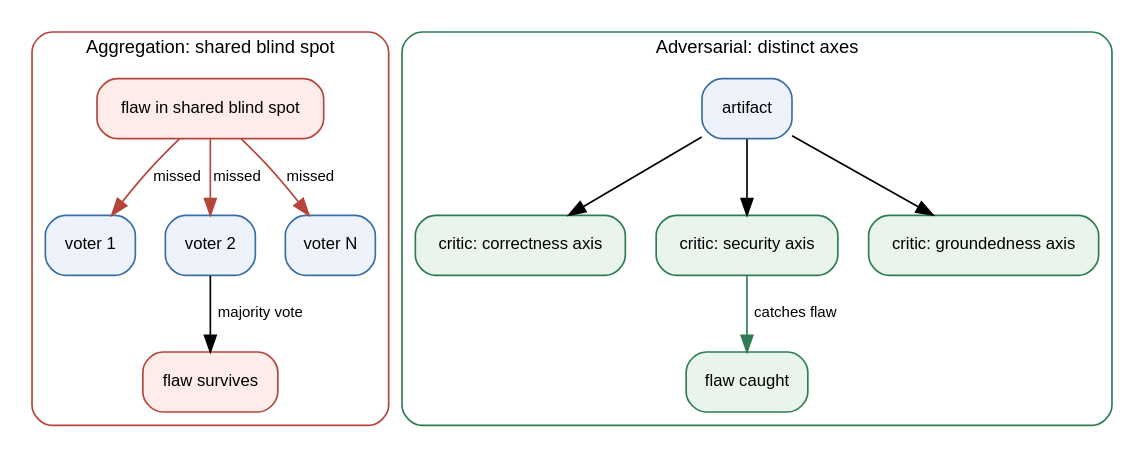
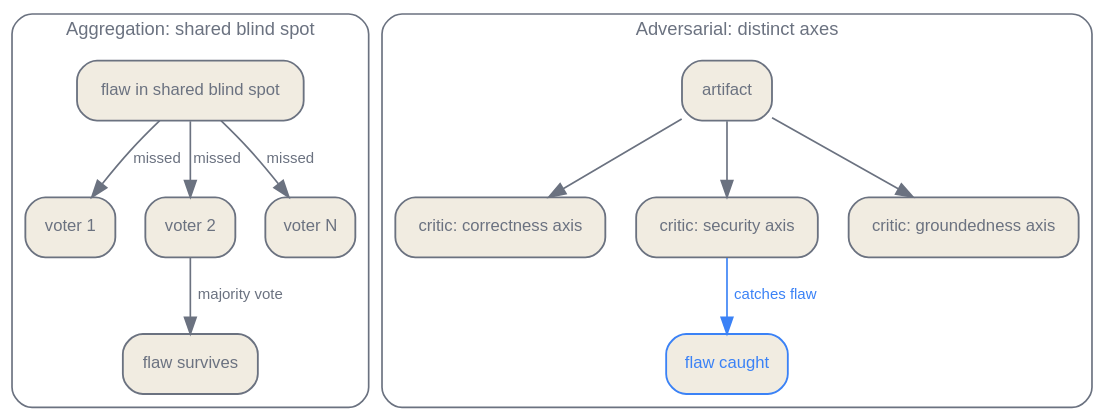
The second of 2 diagrams in en/p6-evaluation/29-evaluating-agents.qmd (latere-ai/ai-as-an-infrastructure), drawn with Graphviz before and after one commit. The commit also changed 186 other files, not shown here.

First line of the commit message:
book: visual audit pass on all diagrams and figures

````diff
--- a/en/p6-evaluation/29-evaluating-agents.qmd
+++ b/en/p6-evaluation/29-evaluating-agents.qmd
@@ -90,40 +90,41 @@
 ```{dot}
 //| label: fig-evaluating-agents-asymmetry
 //| fig-cap: "Why adding agents helps adversarial verification but not aggregation. Voters drawn from one base model share a blind spot, so a flaw inside it passes every vote. Heterogeneous critics on distinct axes each cover a different failure surface, so one competent critic catches a flaw the rest miss."
 digraph asymmetry {
   rankdir=TB;
-  node [shape=box, fontname="Helvetica", fontsize=10, style="rounded,filled"];
-  edge [fontname="Helvetica", fontsize=9];
+  bgcolor="transparent";
+  node [shape=box, fontname="Helvetica", fontsize=10, style="rounded,filled", fillcolor="#f1ece1", color="#6b7280", fontcolor="#6b7280", penwidth=1.1];
+  edge [fontname="Helvetica", fontsize=9, color="#6b7280", fontcolor="#6b7280"];
   compound=true;
 
   subgraph cluster_agg {
     label="Aggregation: shared blind spot";
-    fontname="Helvetica"; fontsize=11; color="#b5453b"; style="rounded";
-    flaw1 [label="flaw in shared blind spot", fillcolor="#fdecea", color="#b5453b"];
-    v1 [label="voter 1", fillcolor="#eef3fb", color="#3b6ea5"];
-    v2 [label="voter 2", fillcolor="#eef3fb", color="#3b6ea5"];
-    v3 [label="voter N", fillcolor="#eef3fb", color="#3b6ea5"];
-    flaw1 -> v1 [label="missed", color="#b5453b"];
-    flaw1 -> v2 [label="missed", color="#b5453b"];
-    flaw1 -> v3 [label="missed", color="#b5453b"];
+    fontname="Helvetica"; fontsize=11; fontcolor="#6b7280"; color="#6b7280"; style="rounded";
+    flaw1 [label="flaw in shared blind spot"];
+    v1 [label="voter 1"];
+    v2 [label="voter 2"];
+    v3 [label="voter N"];
+    flaw1 -> v1 [label="missed"];
+    flaw1 -> v2 [label="missed"];
+    flaw1 -> v3 [label="missed"];
     v1 -> agg [style=invis];
     v2 -> agg [label="majority vote"];
     v3 -> agg [style=invis];
-    agg [label="flaw survives", fillcolor="#fdecea", color="#b5453b"];
+    agg [label="flaw survives"];
   }
 
   subgraph cluster_adv {
     label="Adversarial: distinct axes";
-    fontname="Helvetica"; fontsize=11; color="#2e7d52"; style="rounded";
-    art [label="artifact", fillcolor="#eef3fb", color="#3b6ea5"];
-    c1 [label="critic: correctness axis", fillcolor="#e8f4ec", color="#2e7d52"];
-    c2 [label="critic: security axis", fillcolor="#e8f4ec", color="#2e7d52"];
-    c3 [label="critic: groundedness axis", fillcolor="#e8f4ec", color="#2e7d52"];
+    fontname="Helvetica"; fontsize=11; fontcolor="#6b7280"; color="#6b7280"; style="rounded";
+    art [label="artifact"];
+    c1 [label="critic: correctness axis"];
+    c2 [label="critic: security axis"];
+    c3 [label="critic: groundedness axis"];
     art -> c1; art -> c2; art -> c3;
-    c2 -> caught [label="catches flaw", color="#2e7d52"];
+    c2 -> caught [label="catches flaw", color="#3b82f6", fontcolor="#3b82f6"];
     c1 -> caught [style=invis];
     c3 -> caught [style=invis];
-    caught [label="flaw caught", fillcolor="#e8f4ec", color="#2e7d52"];
+    caught [label="flaw caught", color="#3b82f6", fontcolor="#3b82f6"];
   }
 }
 ```
````
